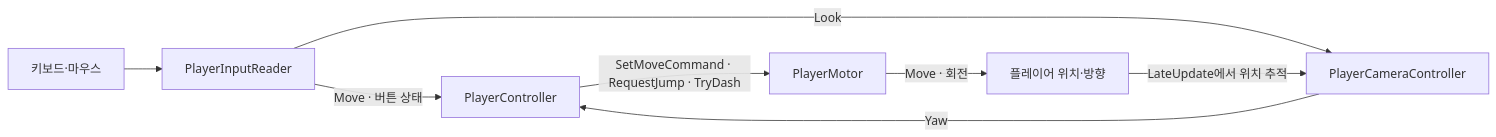
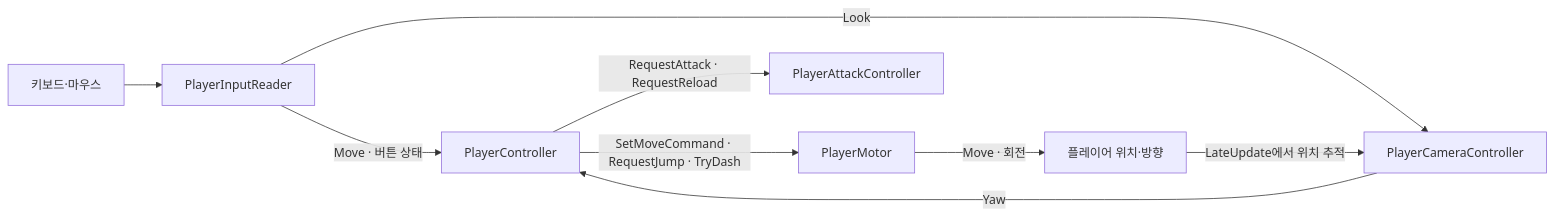
One commit to Sand-House/ProjectU changed the diagram in 플레이어 조작 가이드.md. Above: the diagram before and after it, drawn with Mermaid. The commit also changed other lines of this file and 15 other files, not shown here.

````diff
--- a/플레이어 조작 가이드.md
+++ b/플레이어 조작 가이드.md
@@ -97,10 +101,11 @@
 ```mermaid
 flowchart LR
     Device[키보드·마우스] --> Reader[PlayerInputReader]
     Reader -->|Move · 버튼 상태| Controller[PlayerController]
     Reader -->|Look| Camera[PlayerCameraController]
     Camera -->|Yaw| Controller
     Controller -->|SetMoveCommand · RequestJump · TryDash| Motor[PlayerMotor]
+    Controller -->|RequestAttack · RequestReload| Attacks[PlayerAttackController]
     Motor -->|Move · 회전| Player[플레이어 위치·방향]
     Player -->|LateUpdate에서 위치 추적| Camera
 ```
````
